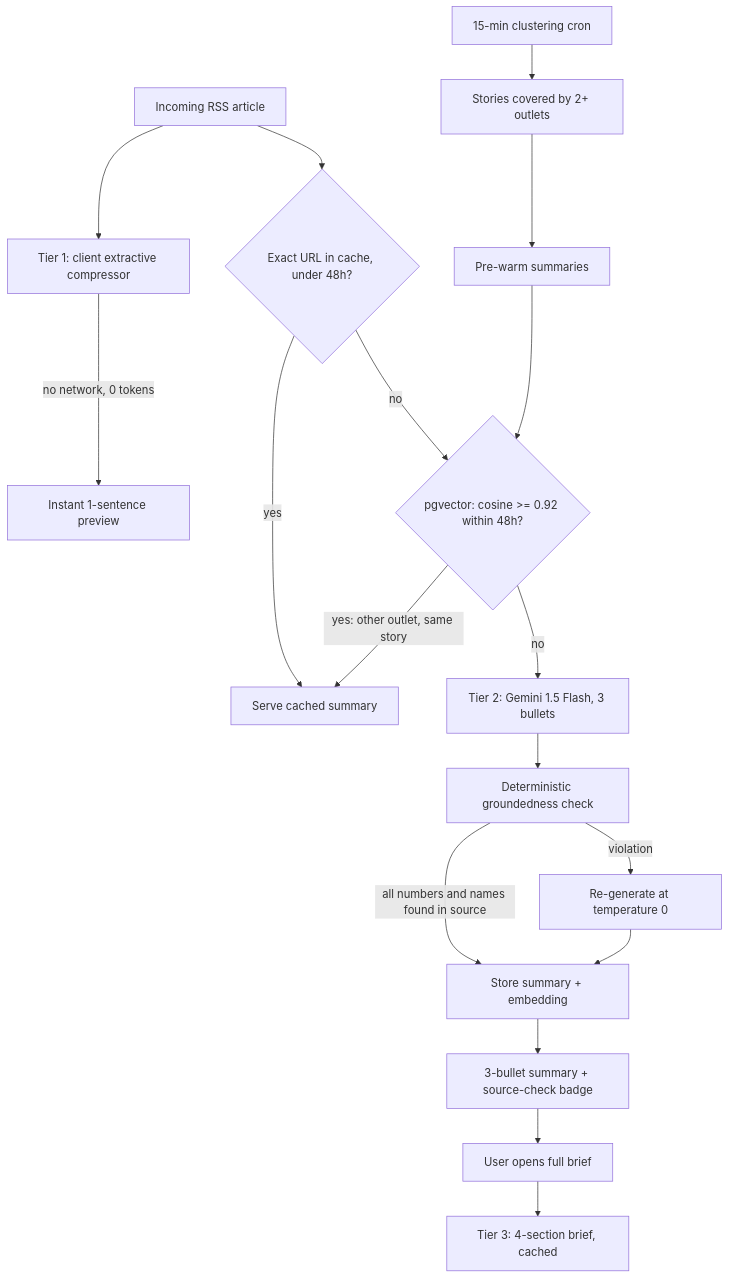
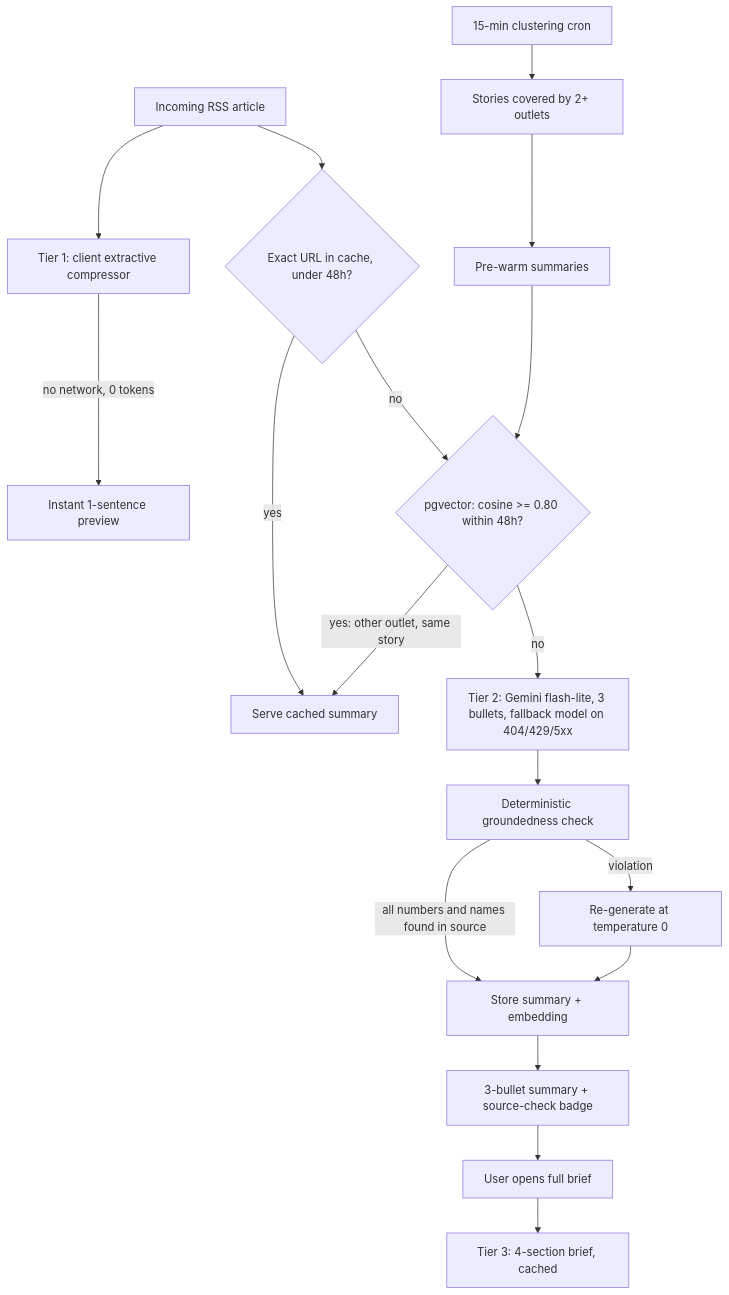
The diagram in README.md (mmkaya-ui/rssmindly), drawn with Mermaid before and after one commit. The commit also changed other lines of this file and 1 other file, not shown here.

````diff
--- a/README.md
+++ b/README.md
@@ -54,22 +73,22 @@
 ```mermaid
 flowchart TD
     A[Incoming RSS article] --> B[Tier 1: client extractive compressor]
     B -->|no network, 0 tokens| UI1[Instant 1-sentence preview]
 
     A --> X{Exact URL in cache, under 48h?}
     X -->|yes| UI2[Serve cached summary]
-    X -->|no| C{pgvector: cosine >= 0.92 within 48h?}
+    X -->|no| C{pgvector: cosine >= 0.80 within 48h?}
     C -->|yes: other outlet, same story| UI2
-    C -->|no| E[Tier 2: Gemini 1.5 Flash, 3 bullets]
+    C -->|no| E[Tier 2: Gemini flash-lite, 3 bullets, fallback model on 404/429/5xx]
     E --> F[Deterministic groundedness check]
     F -->|all numbers and names found in source| I[Store summary + embedding]
     F -->|violation| H[Re-generate at temperature 0]
     H --> I
     I --> UI3[3-bullet summary + source-check badge]
     UI3 --> J[User opens full brief]
     J --> K[Tier 3: 4-section brief, cached]
 
     Cron[15-min clustering cron] --> L[Stories covered by 2+ outlets]
     L --> M[Pre-warm summaries]
     M --> C
 ```
````
